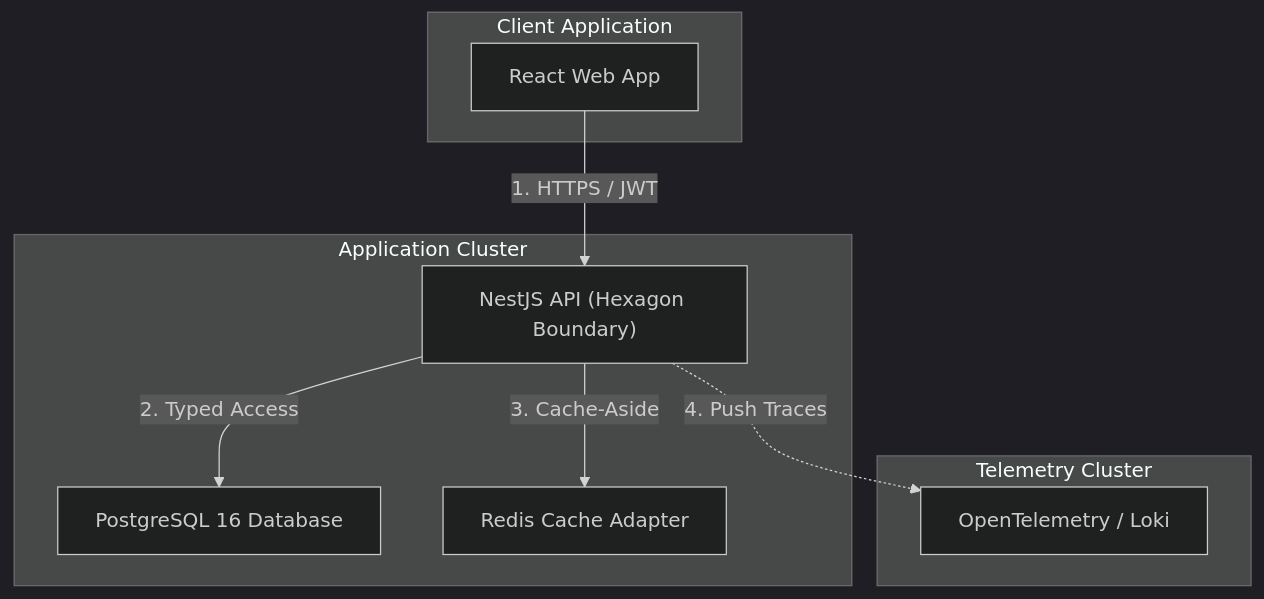
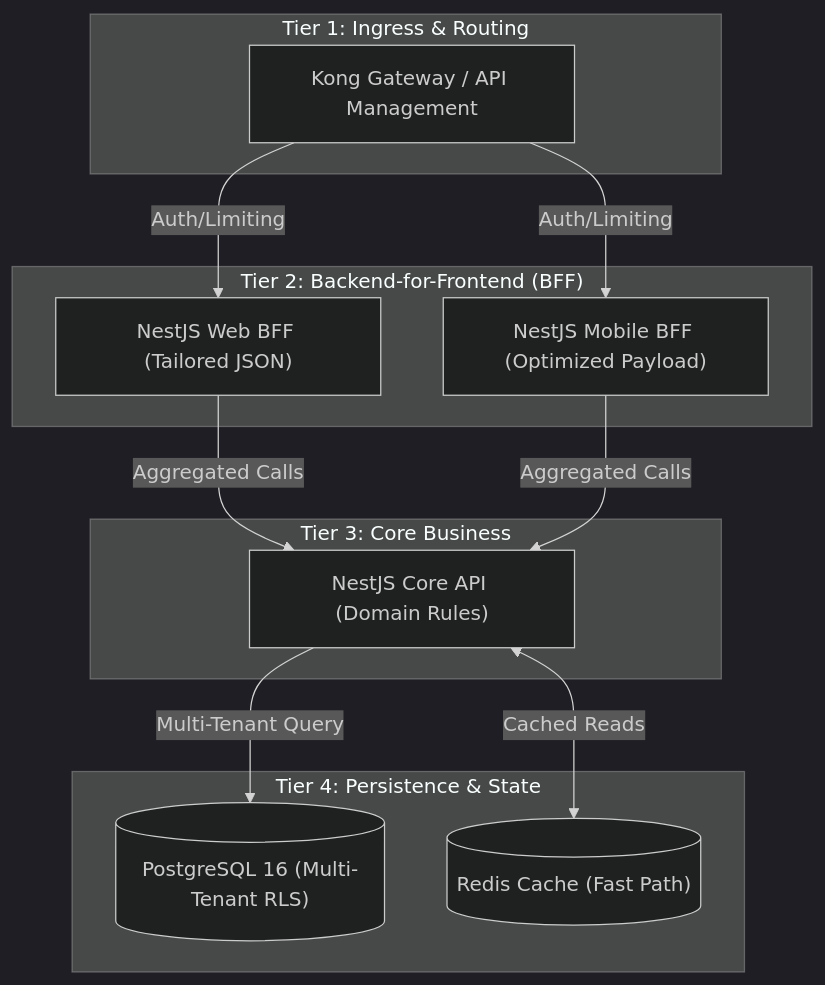
Before and after one commit to beyondnetcode/arc32_nodejs_progresive_monolith: the second of 3 diagrams in arc-nodejs-workspace/docs/02-architecture/architecture-spec.md, drawn with Mermaid (dark theme). The commit also changed other lines of this file and 45 other files, not shown here.

Commit message:
feat: restore full 30-ADR ledger, re-incorporate SaaS Multi-Tenancy and BFF specifications as core directive

````diff
--- a/arc-nodejs-workspace/docs/02-architecture/architecture-spec.md
+++ b/arc-nodejs-workspace/docs/02-architecture/architecture-spec.md
@@ -32,21 +42,29 @@
 ```mermaid
 graph TD
-    subgraph Client["Client Application"]
-        ReactApp["React Web App"]
+    subgraph EntryLayer["Tier 1: Ingress & Routing"]
+        KongGateway["Kong Gateway / API Management"]
     end
 
-    subgraph Server["Application Cluster"]
-        NestAPI["NestJS API (Hexagon Boundary)"]
-        PostgresDB["PostgreSQL 16 Database"]
-        RedisCache["Redis Cache Adapter"]
+    subgraph BFFLayer["Tier 2: Backend-for-Frontend (BFF)"]
+        WebBFF["NestJS Web BFF (Tailored JSON)"]
+        MobileBFF["NestJS Mobile BFF (Optimized Payload)"]
     end
 
-    subgraph Observability["Telemetry Cluster"]
-        Otel["OpenTelemetry / Loki"]
+    subgraph ApplicationLayer["Tier 3: Core Business"]
+        MainAPI["NestJS Core API (Domain Rules)"]
     end
 
-    ReactApp -->|1. HTTPS / JWT| NestAPI
-    NestAPI -->|2. Typed Access| PostgresDB
-    NestAPI -->|3. Cache-Aside| RedisCache
-    NestAPI -.->|4. Push Traces| Otel
+    subgraph StorageLayer["Tier 4: Persistence & State"]
+        PostgresSQL[("PostgreSQL 16 (Multi-Tenant RLS)")]
+        RedisCache[("Redis Cache (Fast Path)")]
+    end
+
+    KongGateway -->|Auth/Limiting| WebBFF
+    KongGateway -->|Auth/Limiting| MobileBFF
+    
+    WebBFF -->|Aggregated Calls| MainAPI
+    MobileBFF -->|Aggregated Calls| MainAPI
+    
+    MainAPI -->|Multi-Tenant Query| PostgresSQL
+    MainAPI <-->|Cached Reads| RedisCache
 ```
````
